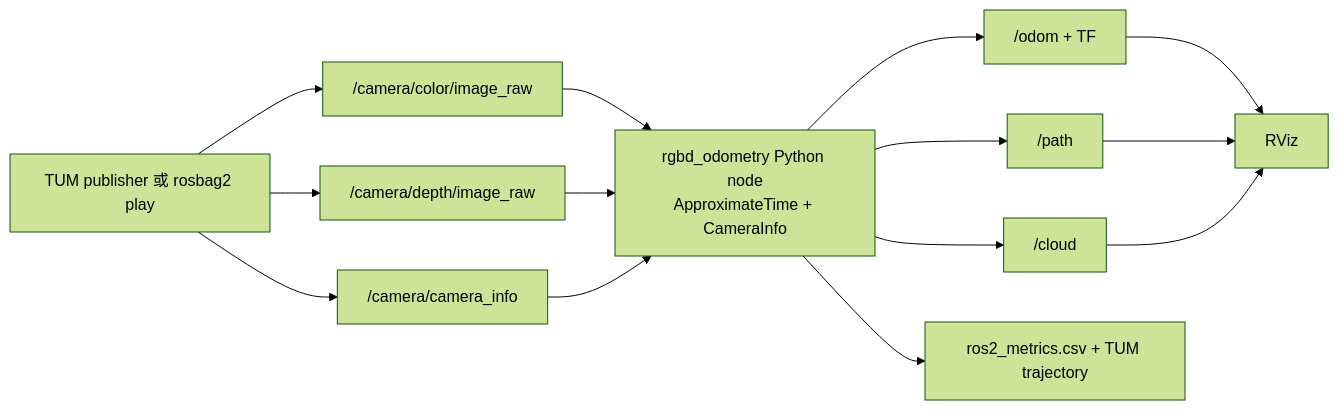
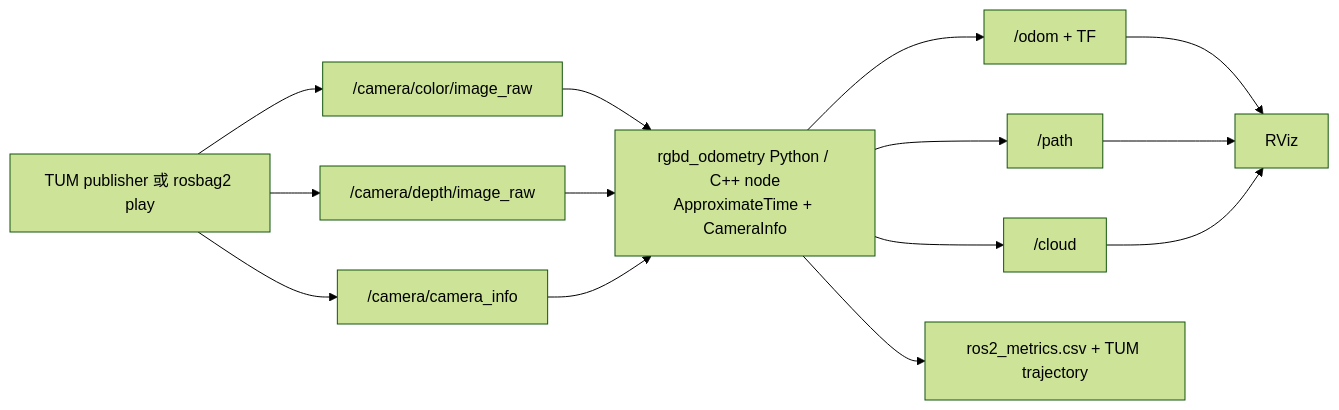
The third of 3 diagrams in docs/ARCHITECTURE.md (yang07-29/RGB-D), drawn with Mermaid (forest theme) before and after one commit. The commit also changed other lines of this file and 21 other files, not shown here.

````diff
--- a/docs/ARCHITECTURE.md
+++ b/docs/ARCHITECTURE.md
@@ -62,16 +62,16 @@
 ```mermaid
 flowchart LR
     A["TUM publisher 或 rosbag2 play"] --> B["/camera/color/image_raw"]
     A --> C["/camera/depth/image_raw"]
     A --> D["/camera/camera_info"]
-    B --> E["rgbd_odometry Python node\nApproximateTime + CameraInfo"]
+    B --> E["rgbd_odometry Python / C++ node\nApproximateTime + CameraInfo"]
     C --> E
     D --> E
     E --> F["/odom + TF"]
     E --> G["/path"]
     E --> H["/cloud"]
     E --> I["ros2_metrics.csv + TUM trajectory"]
     F --> J["RViz"]
     G --> J
     H --> J
 ```
````
